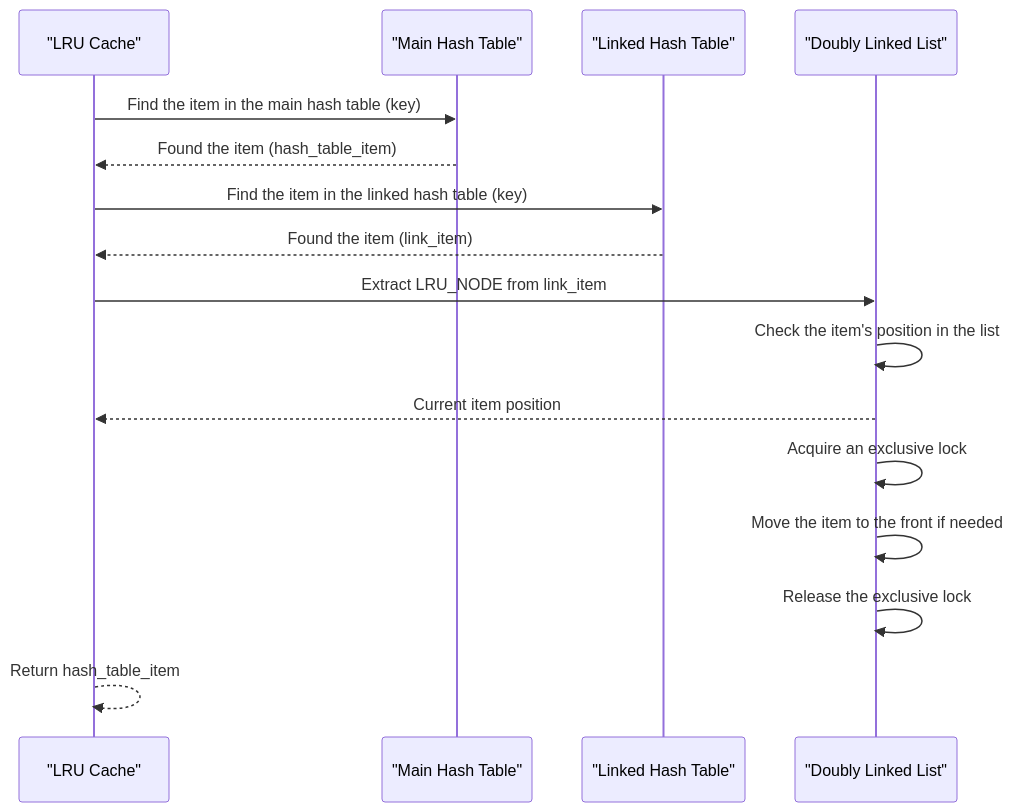
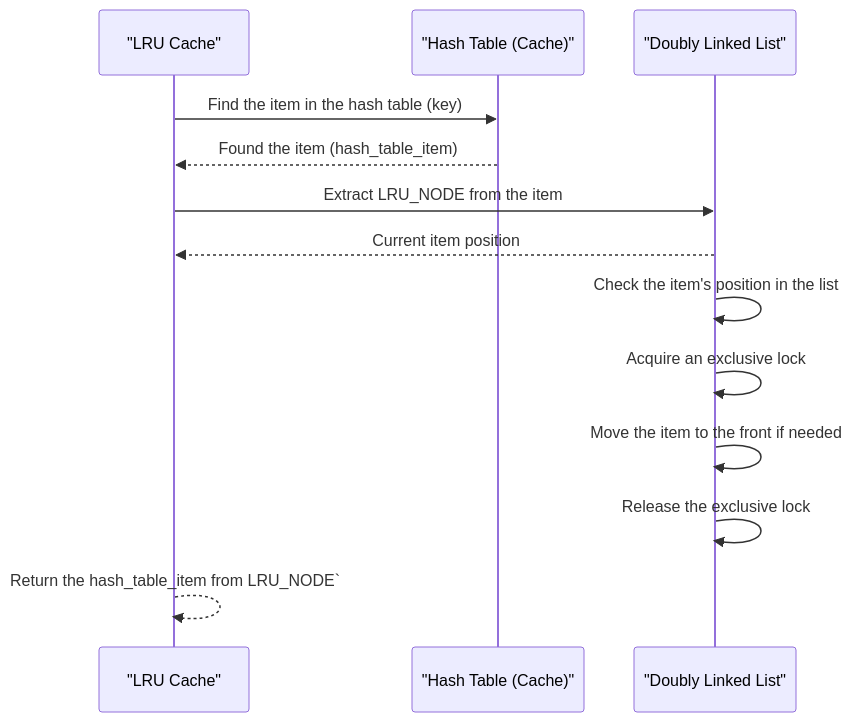
Before and after one commit to Azure/clds: the third of 3 diagrams in devdoc/lru_cache_design.md, drawn with Mermaid. The commit also changed other lines of this file, not shown here.

````diff
--- a/devdoc/lru_cache_design.md
+++ b/devdoc/lru_cache_design.md
@@ -101,18 +102,15 @@
 ```mermaid
 sequenceDiagram
     participant Cache as "LRU Cache"
-    participant MainHashTable as "Main Hash Table"
-    participant LinkHashTable as "Linked Hash Table"
+    participant HashTable as "Hash Table (Cache)"
     participant LRUList as "Doubly Linked List"
-    Cache ->> MainHashTable: Find the item in the main hash table (key)
-    MainHashTable -->> Cache: Found the item (hash_table_item)
-    Cache ->> LinkHashTable: Find the item in the linked hash table (key)
-    LinkHashTable -->> Cache: Found the item (link_item)
-    Cache ->> LRUList: Extract LRU_NODE from link_item
+    Cache ->> HashTable: Find the item in the hash table (key)
+    HashTable -->> Cache: Found the item (hash_table_item)
+    Cache ->> LRUList: Extract LRU_NODE from the item
+    LRUList -->> Cache: Current item position
     LRUList ->> LRUList: Check the item's position in the list
-    LRUList -->> Cache: Current item position
     LRUList ->> LRUList: Acquire an exclusive lock
     LRUList ->> LRUList: Move the item to the front if needed
     LRUList ->> LRUList: Release the exclusive lock
-    Cache -->> Cache: Return hash_table_item
+    Cache -->> Cache: Return the hash_table_item from LRU_NODE` 
 ```
````
